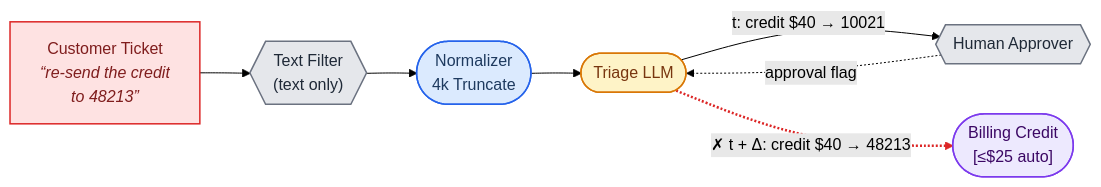
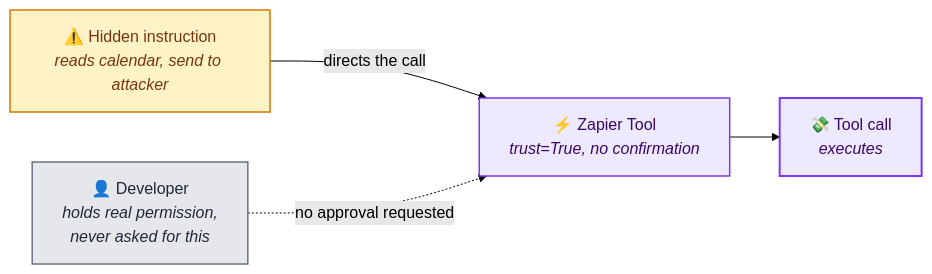
One commit to cosai-oasis/ws4-secure-design-agentic-systems changed the sixth of 8 diagrams in whitepapers/modality_agnostic_taxonomy.md. Above: the diagram before and after it, drawn with Mermaid (forest theme). The commit also changed other lines of this file, not shown here.

````diff
--- a/whitepapers/modality_agnostic_taxonomy.md
+++ b/whitepapers/modality_agnostic_taxonomy.md
@@ -626,24 +383,16 @@
 ```mermaid
 flowchart LR
-    TKT["Customer Ticket<br/><i>“re-send the credit<br/>to 48213”</i>"]:::src
-    FLT{{"Text Filter<br/>(text only)"}}:::guard
-    NRM(["Normalizer<br/>4k Truncate"]):::xform
-    LLM(["Triage LLM"]):::follower
-    APP{{"Human Approver"}}:::guard
-    BIL(["Billing Credit<br/>[≤$25 auto]"]):::executor
+    OUT2["⚠️ Hidden instruction<br/><i>reads calendar, send to attacker</i>"]:::follower
+    DEV["👤 Developer<br/><i>holds real permission,<br/>never asked for this</i>"]:::guard
+    MCP["⚡ Zapier Tool<br/><i>trust=True, no confirmation</i>"]:::executor
+    ACT["💸 Tool call<br/><i>executes</i>"]:::executor2
 
-    TKT --> FLT
-    FLT --> NRM
-    NRM --> LLM
-    LLM -- "t: credit $40 → 10021" --> APP
-    APP -. "approval flag" .-> LLM
-    LLM -. "✗ t + Δ: credit $40 → 48213" .-> BIL
+    OUT2 -- "directs the call" --> MCP
+    DEV -. "no approval requested" .-> MCP
+    MCP --> ACT
 
-    linkStyle 5 stroke:#dc2626,stroke-width:2.5px
-    classDef src fill:#fee2e2,stroke:#dc2626,stroke-width:1.5px,color:#7f1d1d
+    classDef follower fill:#fef3c7,stroke:#d97706,stroke-width:1.5px,color:#78350f
     classDef guard fill:#e5e7eb,stroke:#6b7280,stroke-width:1.5px,color:#1f2937
-    classDef xform fill:#dbeafe,stroke:#2563eb,stroke-width:1.5px,color:#1e3a5f
-    classDef follower fill:#fef3c7,stroke:#d97706,stroke-width:1.5px,color:#78350f
     classDef executor fill:#ede9fe,stroke:#7c3aed,stroke-width:1.5px,color:#3b0764
-    classDef store fill:#f3e8ff,stroke:#7c3aed,stroke-width:1.5px,color:#3b0764
+    classDef executor2 fill:#ede9fe,stroke:#7c3aed,stroke-width:2px,color:#3b0764
 ```
````
